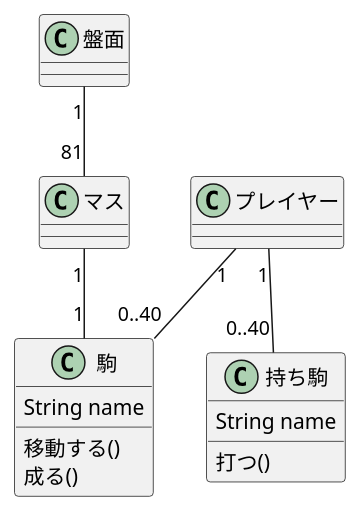
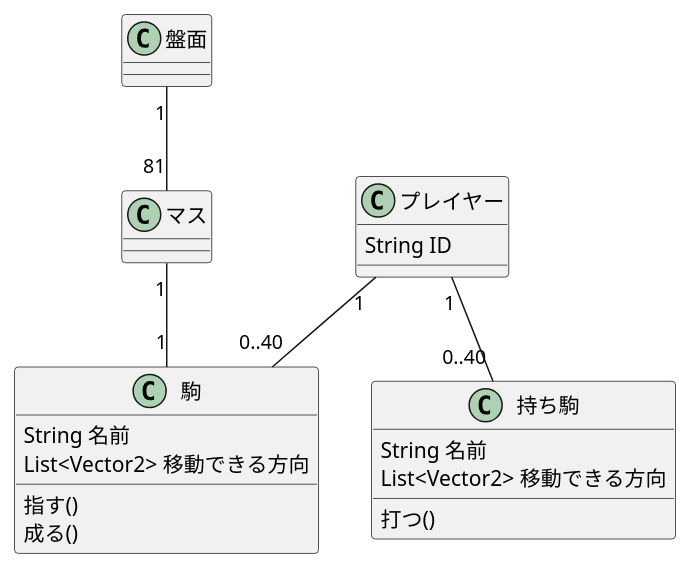
The diagram in objects.puml (welchi/flutter_shogi), drawn with PlantUML before and after one commit. The commit also changed 10 other files, not shown here.

```diff
--- a/objects.puml
+++ b/objects.puml
@@ -1,22 +1,30 @@
 @startuml
 
-class プレイヤー{}
+class プレイヤー{
+    String ID
+}
 class 駒{
-    String name
-    移動する()
+    String 名前
+    List<Vector2> 移動できる方向
+    指す()
     成る()
 }
 class 持ち駒{
-    String name
+    String 名前
+    List<Vector2> 移動できる方向
     打つ()
 }
 
 class 盤面{}
 class マス{}
+'class 移動{
+'    Vector2 移動方向
+'    int 移動できる回数
+'}
 
 プレイヤー "1"--"0..40" 駒
 プレイヤー "1"--"0..40" 持ち駒
 盤面 "1"--"81" マス
 マス "1"--"1" 駒
 
 @enduml
```
